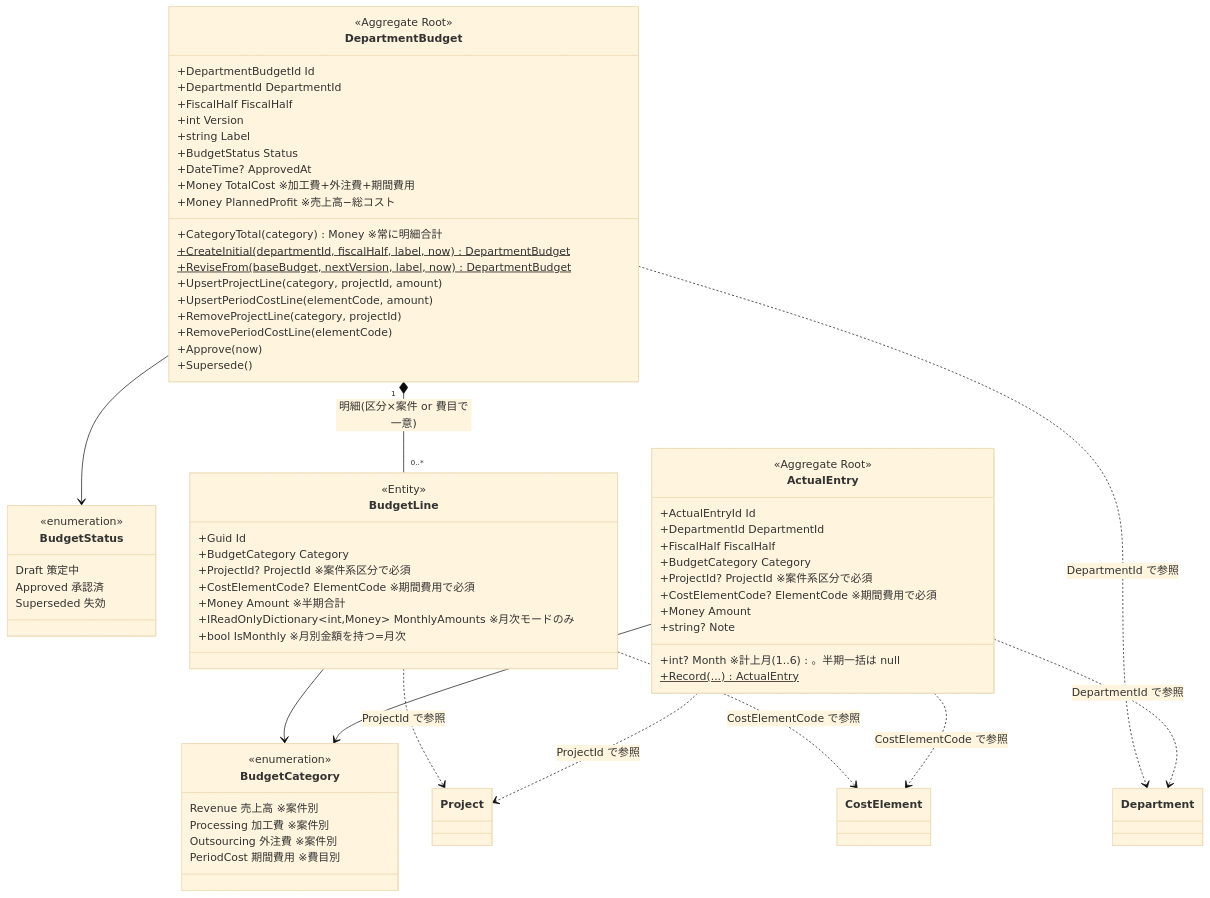
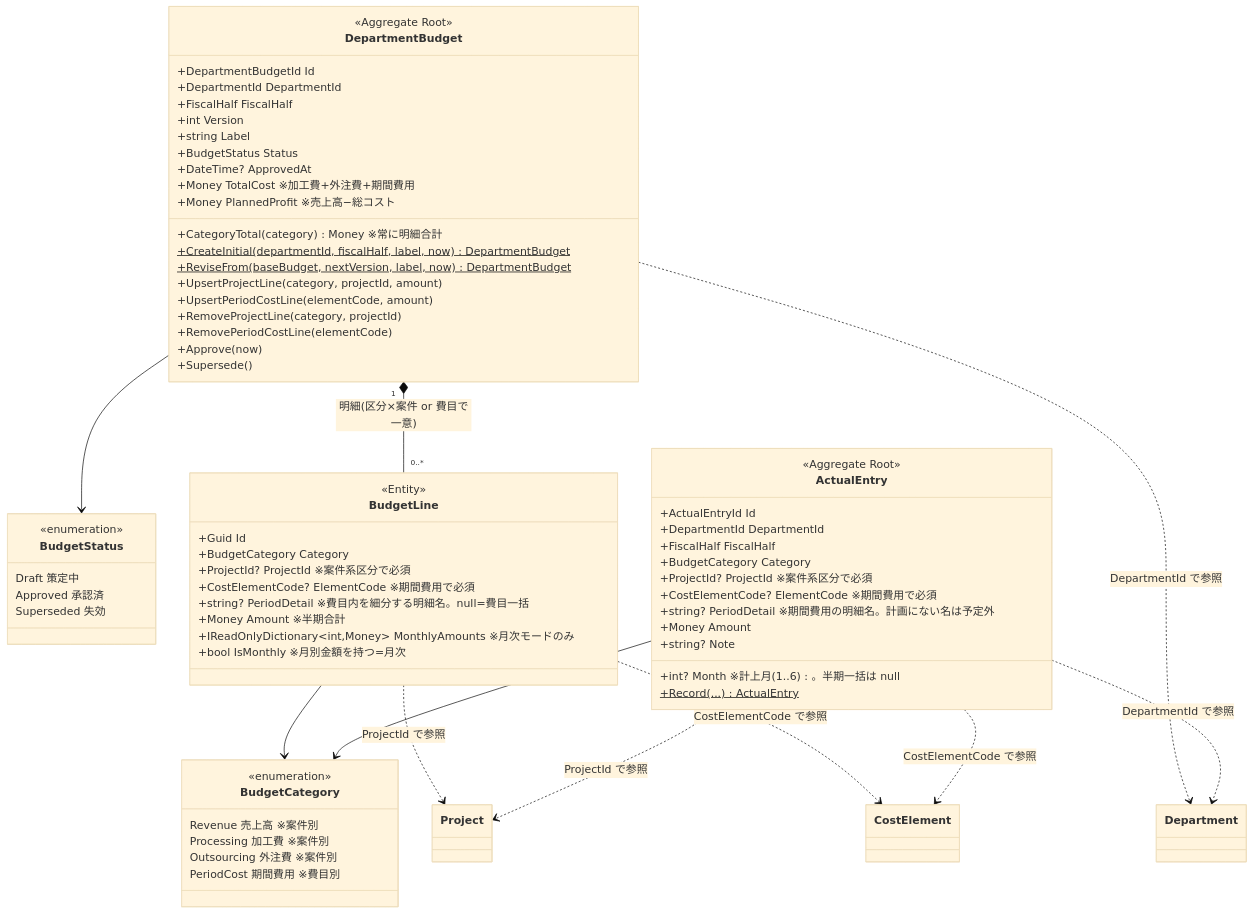
Before and after one commit to kyamanaka0923/fcpl-cost-management-system: the seventh of 9 diagrams in docs/DESIGN.md, drawn with Mermaid (base theme). The commit also changed other lines of this file and 29 other files, not shown here.

````diff
--- a/docs/DESIGN.md
+++ b/docs/DESIGN.md
@@ -226,73 +226,75 @@
 ```mermaid
 classDiagram
     class BudgetStatus {
         <<enumeration>>
         Draft 策定中
         Approved 承認済
         Superseded 失効
     }
     class BudgetCategory {
         <<enumeration>>
         Revenue 売上高 ※案件別
         Processing 加工費 ※案件別
         Outsourcing 外注費 ※案件別
         PeriodCost 期間費用 ※費目別
     }
 
     class DepartmentBudget {
         <<Aggregate Root>>
         +DepartmentBudgetId Id
         +DepartmentId DepartmentId
         +FiscalHalf FiscalHalf
         +int Version
         +string Label
         +BudgetStatus Status
         +DateTime? ApprovedAt
         +CategoryTotal(category) Money ※常に明細合計
         +Money TotalCost ※加工費+外注費+期間費用
         +Money PlannedProfit ※売上高−総コスト
         +CreateInitial(departmentId, fiscalHalf, label, now) DepartmentBudget$
         +ReviseFrom(baseBudget, nextVersion, label, now) DepartmentBudget$
         +UpsertProjectLine(category, projectId, amount)
         +UpsertPeriodCostLine(elementCode, amount)
         +RemoveProjectLine(category, projectId)
         +RemovePeriodCostLine(elementCode)
         +Approve(now)
         +Supersede()
     }
     class BudgetLine {
         <<Entity>>
         +Guid Id
         +BudgetCategory Category
         +ProjectId? ProjectId ※案件系区分で必須
         +CostElementCode? ElementCode ※期間費用で必須
+        +string? PeriodDetail ※費目内を細分する明細名。null=費目一括
         +Money Amount ※半期合計
         +IReadOnlyDictionary~int,Money~ MonthlyAmounts ※月次モードのみ
         +bool IsMonthly ※月別金額を持つ=月次
     }
 
     class ActualEntry {
         <<Aggregate Root>>
         +ActualEntryId Id
         +DepartmentId DepartmentId
         +FiscalHalf FiscalHalf
         +BudgetCategory Category
         +ProjectId? ProjectId ※案件系区分で必須
         +CostElementCode? ElementCode ※期間費用で必須
+        +string? PeriodDetail ※期間費用の明細名。計画にない名は予定外
         +int? Month ※計上月(1..6)。半期一括は null
         +Money Amount
         +string? Note
         +Record(...) ActualEntry$
     }
 
     DepartmentBudget "1" *-- "0..*" BudgetLine : 明細(区分×案件 or 費目で一意)
     DepartmentBudget --> BudgetStatus
     BudgetLine --> BudgetCategory
     ActualEntry --> BudgetCategory
     DepartmentBudget ..> Department : DepartmentId で参照
     ActualEntry ..> Department : DepartmentId で参照
     BudgetLine ..> Project : ProjectId で参照
     BudgetLine ..> CostElement : CostElementCode で参照
     ActualEntry ..> Project : ProjectId で参照
     ActualEntry ..> CostElement : CostElementCode で参照
 ```
````
